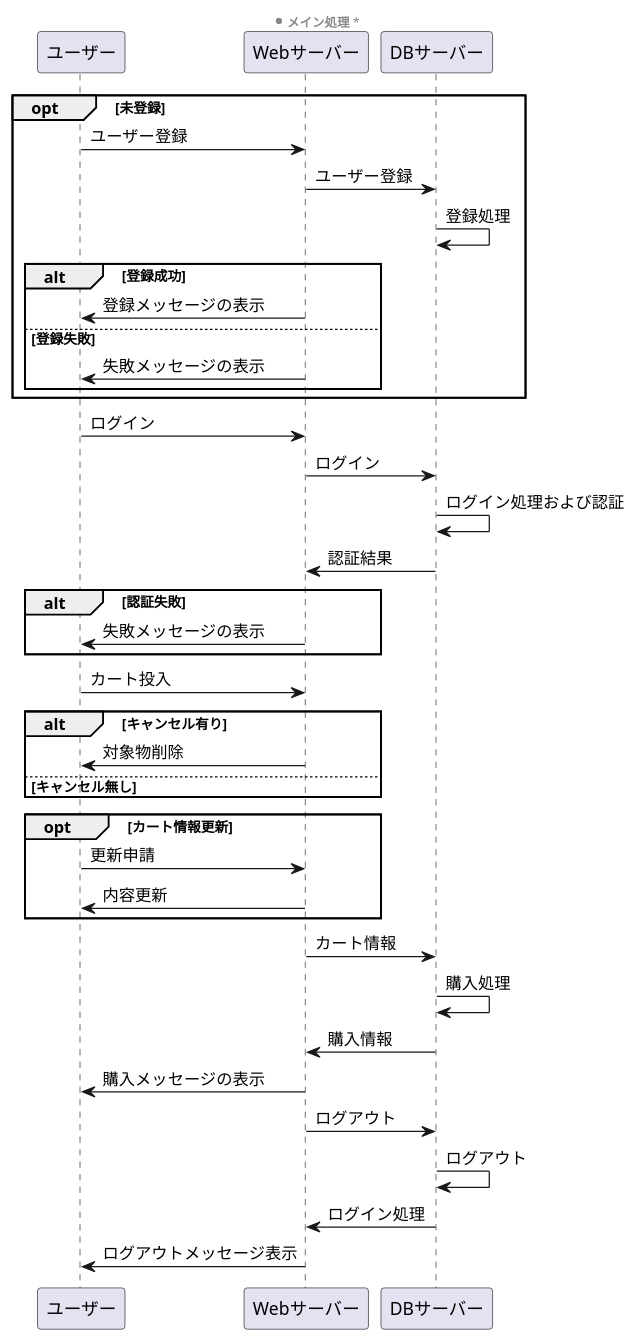
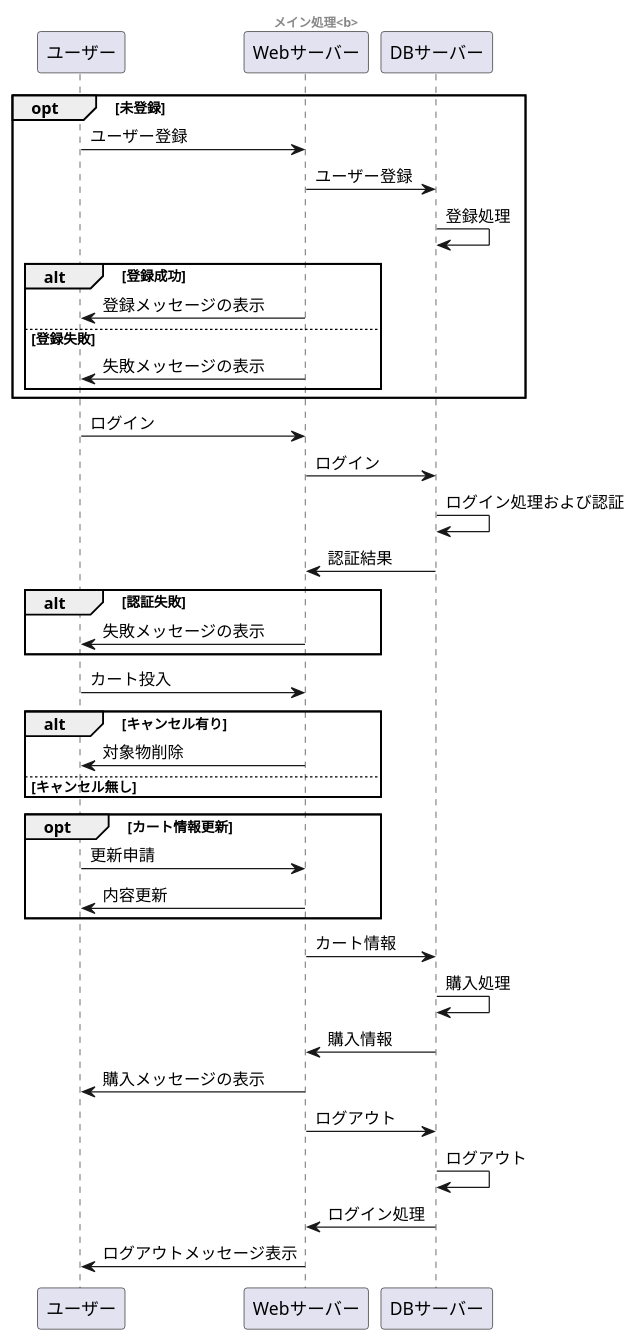
Before and after one commit to Aso2001385/2021sys-design: the first of 2 diagrams in sample/OperationFrow.md, drawn with PlantUML.

````diff
--- a/sample/OperationFrow.md
+++ b/sample/OperationFrow.md
@@ -1,57 +1,57 @@
 ```uml 
 @startuml 
-center header * **メイン処理** *
+center header <b>メイン処理<b>
 
  opt 未登録
 
   ユーザー -> Webサーバー:ユーザー登録
   Webサーバー -> DBサーバー:ユーザー登録
   DBサーバー -> DBサーバー:登録処理
 
   alt 登録成功
     Webサーバー ->ユーザー:登録メッセージの表示
   else 登録失敗
     Webサーバー ->ユーザー:失敗メッセージの表示
   end
 
  end
 
  ユーザー -> Webサーバー:ログイン
  Webサーバー -> DBサーバー:ログイン
  DBサーバー -> DBサーバー:ログイン処理および認証
  DBサーバー -> Webサーバー:認証結果
 
  alt 認証失敗
   Webサーバー ->ユーザー:失敗メッセージの表示
  end
  
 
 ユーザー -> Webサーバー:カート投入
 
 
 
   
   alt キャンセル有り
       Webサーバー ->ユーザー:対象物削除
     else キャンセル無し
   end
   
   opt カート情報更新
       ユーザー -> Webサーバー:更新申請
       Webサーバー ->ユーザー:内容更新
   end
   
 Webサーバー -> DBサーバー:カート情報
 DBサーバー -> DBサーバー:購入処理
 DBサーバー -> Webサーバー:購入情報
 Webサーバー ->ユーザー:購入メッセージの表示
 
  
 
 Webサーバー -> DBサーバー:ログアウト
 DBサーバー -> DBサーバー:ログアウト
 DBサーバー -> Webサーバー:ログイン処理
 Webサーバー ->ユーザー:ログアウトメッセージ表示
 
 @enduml
 ```
````
